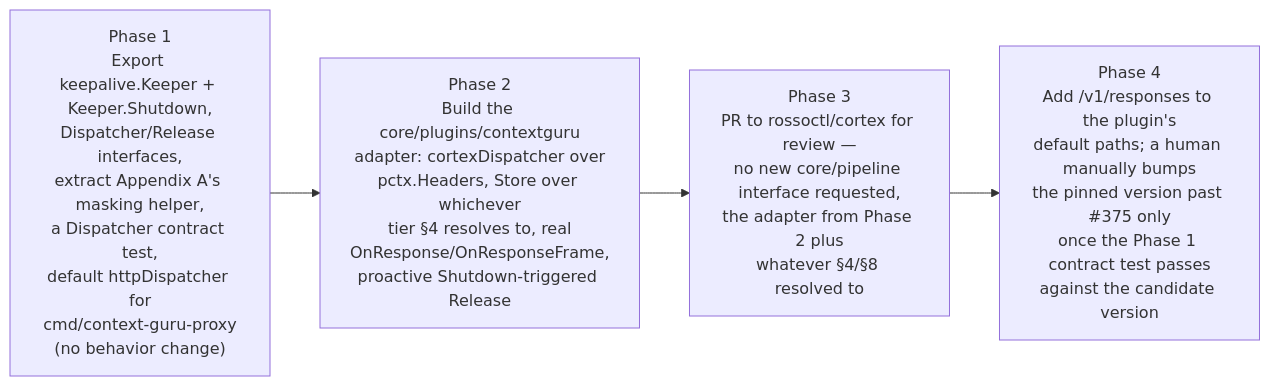
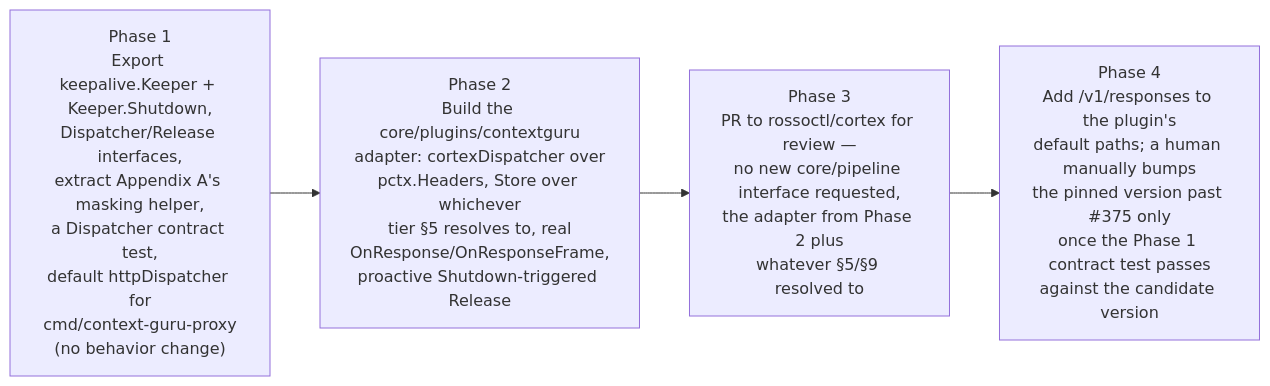
One commit to rossoctl/context-guru changed the fifth of 5 diagrams in docs/proposals/cortex-integration.md. Above: the diagram before and after it, drawn with Mermaid. The commit also changed other lines of this file, not shown here.

````diff
--- a/docs/proposals/cortex-integration.md
+++ b/docs/proposals/cortex-integration.md
@@ -401,7 +494,7 @@
 ```mermaid
 graph LR
     P1["Phase 1<br/>Export keepalive.Keeper + Keeper.Shutdown,<br/>Dispatcher/Release interfaces,<br/>extract Appendix A's masking helper,<br/>a Dispatcher contract test,<br/>default httpDispatcher for<br/>cmd/context-guru-proxy<br/>(no behavior change)"] --> P2
-    P2["Phase 2<br/>Build the core/plugins/contextguru<br/>adapter: cortexDispatcher over<br/>pctx.Headers, Store over whichever<br/>tier §4 resolves to, real<br/>OnResponse/OnResponseFrame,<br/>proactive Shutdown-triggered Release"] --> P3
-    P3["Phase 3<br/>PR to rossoctl/cortex for review —<br/>no new core/pipeline interface requested,<br/>the adapter from Phase 2 plus<br/>whatever §4/§8 resolved to"] --> P4
+    P2["Phase 2<br/>Build the core/plugins/contextguru<br/>adapter: cortexDispatcher over<br/>pctx.Headers, Store over whichever<br/>tier §5 resolves to, real<br/>OnResponse/OnResponseFrame,<br/>proactive Shutdown-triggered Release"] --> P3
+    P3["Phase 3<br/>PR to rossoctl/cortex for review —<br/>no new core/pipeline interface requested,<br/>the adapter from Phase 2 plus<br/>whatever §5/§9 resolved to"] --> P4
     P4["Phase 4<br/>Add /v1/responses to the plugin's<br/>default paths; a human manually bumps<br/>the pinned version past #375 only<br/>once the Phase 1 contract test passes<br/>against the candidate version"]
 ```
````
